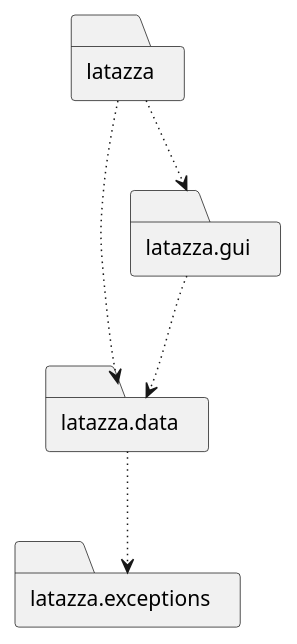
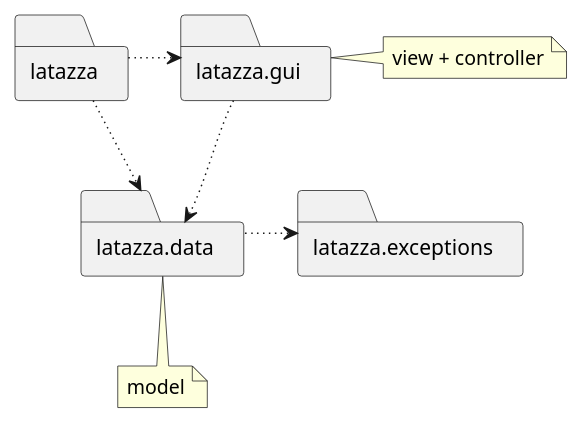
One commit to eloparco/LaTazza changed the first of 5 diagrams in design_document.md. Above: the diagram before and after it, drawn with PlantUML. The commit also changed other lines of this file, not shown here.

Commit message:
update package diagram: modified explanation of patterns and improved visualization of diagram

````diff
--- a/design_document.md
+++ b/design_document.md
@@ -22,11 +23,14 @@
 ```plantuml
 folder latazza as l
 folder latazza.data as ld
 folder latazza.exceptions as le
 folder latazza.gui as lg
 
 l ~~> ld
-l ~~> lg
-ld ~~> le
+l ~> lg
+ld ~> le
 lg ~~> ld
+
+note right of lg : view + controller
+note bottom of ld : model
 ```
````
